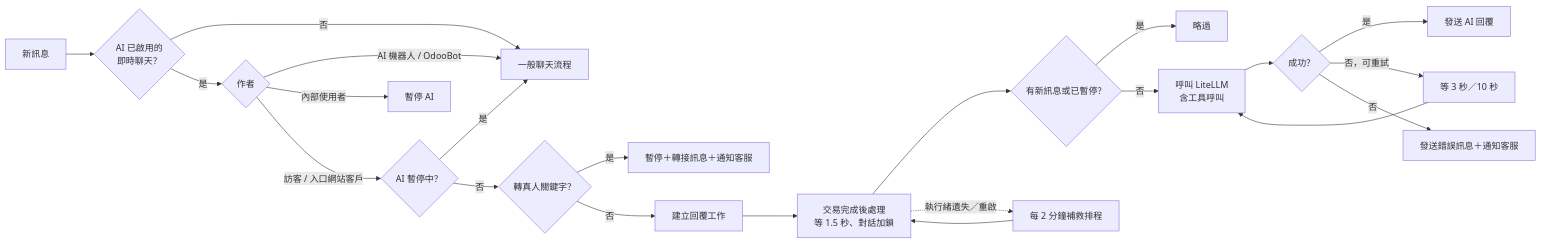
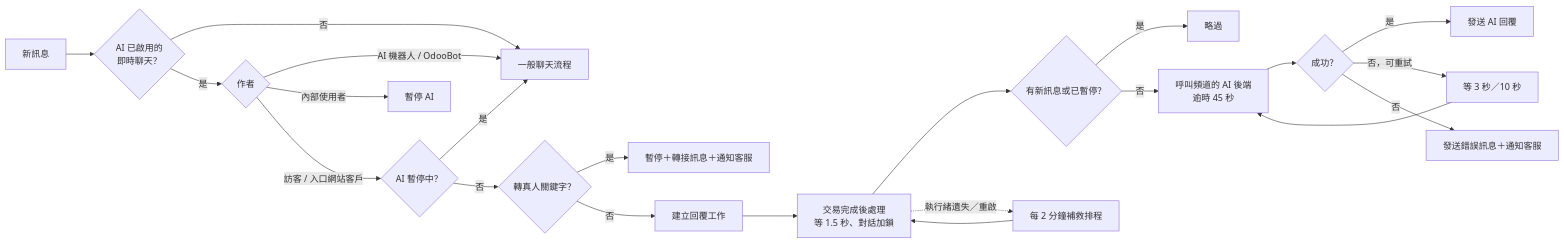
One commit to WOOWTECH/Woow_odoo_ai_livechat changed the second of 2 diagrams in README_zh-TW.md. Above: the diagram before and after it, drawn with Mermaid. The commit also changed other lines of this file and 3 other files, not shown here.

Commit message:
docs: describe the 18.0.1.2.0 per-channel backends (LiteLLM, Hermes, n8n with a minimal workflow and Chat Trigger notes) and the upgrade

````diff
--- a/README_zh-TW.md
+++ b/README_zh-TW.md
@@ -181,22 +199,22 @@
 ```mermaid
 flowchart LR
     A[新訊息] --> B{AI 已啟用的<br/>即時聊天？}
     B -->|否| E[一般聊天流程]
     B -->|是| C{作者}
     C -->|AI 機器人 / OdooBot| E
     C -->|內部使用者| P[暫停 AI]
     C -->|訪客 / 入口網站客戶| D{AI 暫停中？}
     D -->|是| E
     D -->|否| K{轉真人關鍵字？}
     K -->|是| H[暫停＋轉接訊息＋通知客服]
     K -->|否| F[建立回覆工作]
     F --> G[交易完成後處理<br/>等 1.5 秒、對話加鎖]
     G --> I{有新訊息或已暫停？}
     I -->|是| S[略過]
-    I -->|否| L[呼叫 LiteLLM<br/>含工具呼叫]
+    I -->|否| L[呼叫頻道的 AI 後端<br/>逾時 45 秒]
     L --> M{成功？}
     M -->|是| R[發送 AI 回覆]
     M -->|否，可重試| W[等 3 秒／10 秒] --> L
     M -->|否| X[發送錯誤訊息＋通知客服]
     G -.執行緒遺失／重啟.-> Y[每 2 分鐘補救排程] --> G
 ```
````
